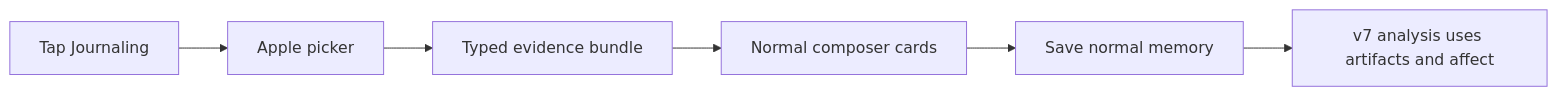
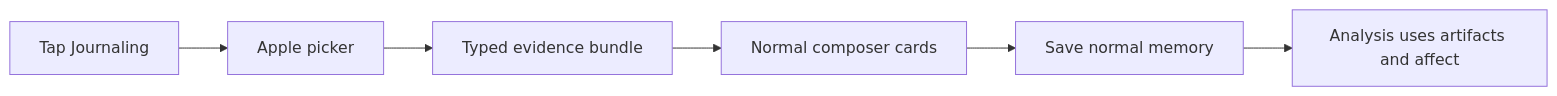
Before and after one commit to daaihang/sprout: the third of 5 diagrams in docs/mory_system_handbook/02_user_journeys/README.md, drawn with Mermaid. The commit also changed other lines of this file and 90 other files, not shown here.

````diff
--- a/docs/mory_system_handbook/02_user_journeys/README.md
+++ b/docs/mory_system_handbook/02_user_journeys/README.md
@@ -34,8 +34,8 @@
 ```mermaid
 flowchart LR
     A["Tap Journaling"] --> B["Apple picker"]
     B --> C["Typed evidence bundle"]
     C --> D["Normal composer cards"]
     D --> E["Save normal memory"]
-    E --> F["v7 analysis uses artifacts and affect"]
+    E --> F["Analysis uses artifacts and affect"]
 ```
````
